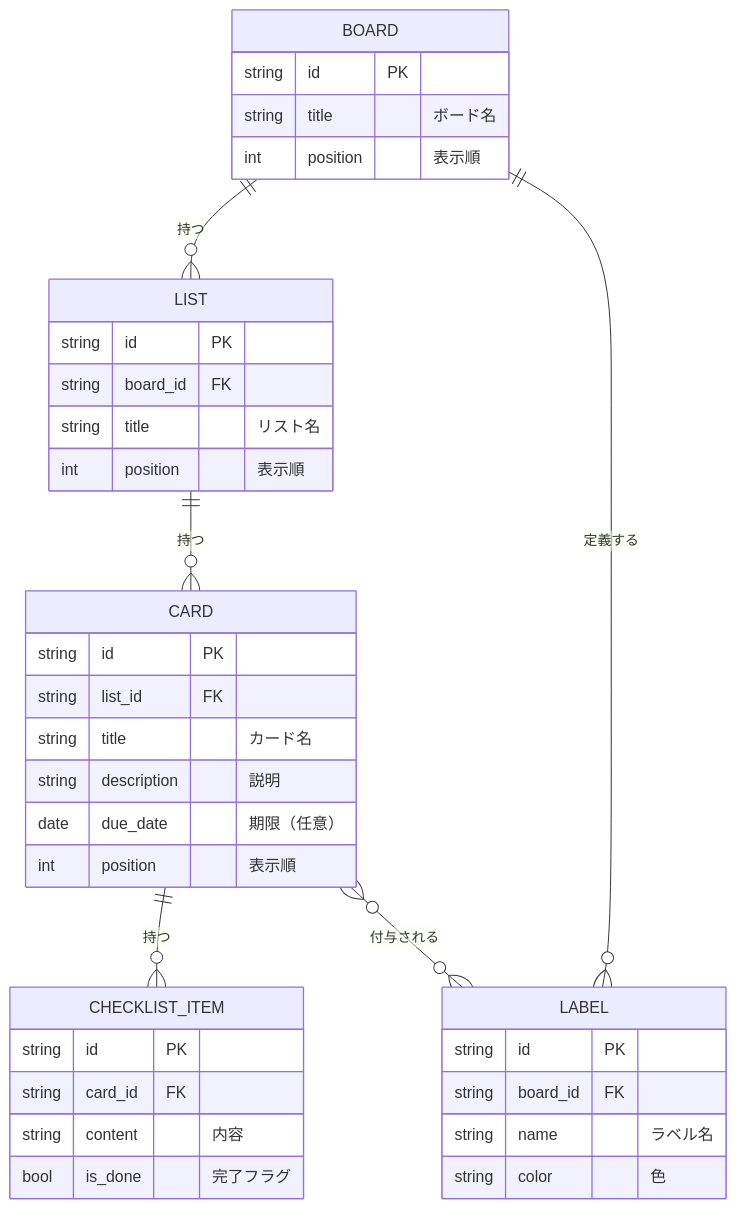
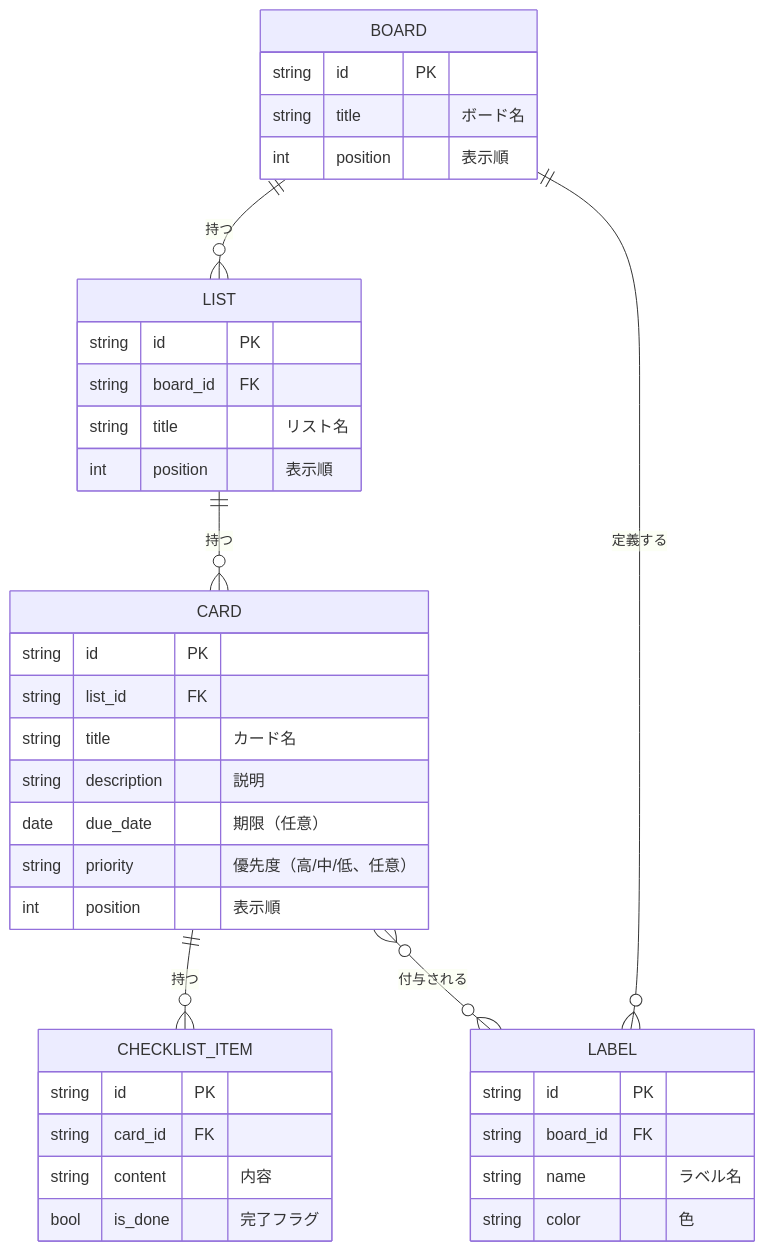
Before and after one commit to masato-N918/raisetech_ai: the diagram in docs/データ設計書.md, drawn with Mermaid. The commit also changed other lines of this file and 3 other files, not shown here.

````diff
--- a/docs/データ設計書.md
+++ b/docs/データ設計書.md
@@ -15,40 +15,41 @@
 ```mermaid
 erDiagram
     BOARD ||--o{ LIST : "持つ"
     BOARD ||--o{ LABEL : "定義する"
     LIST  ||--o{ CARD : "持つ"
     CARD  ||--o{ CHECKLIST_ITEM : "持つ"
     CARD  }o--o{ LABEL : "付与される"
 
     BOARD {
         string id PK
         string title "ボード名"
         int    position "表示順"
     }
     LIST {
         string id PK
         string board_id FK
         string title "リスト名"
         int    position "表示順"
     }
     CARD {
         string id PK
         string list_id FK
         string title "カード名"
         string description "説明"
         date   due_date "期限（任意）"
+        string priority "優先度（高/中/低、任意）"
         int    position "表示順"
     }
     LABEL {
         string id PK
         string board_id FK
         string name "ラベル名"
         string color "色"
     }
     CHECKLIST_ITEM {
         string id PK
         string card_id FK
         string content "内容"
         bool   is_done "完了フラグ"
     }
 ```
````
